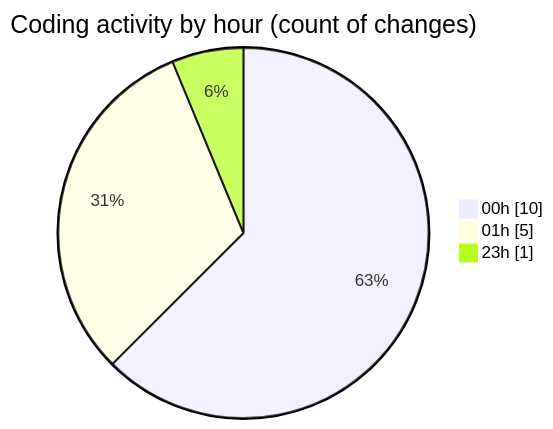
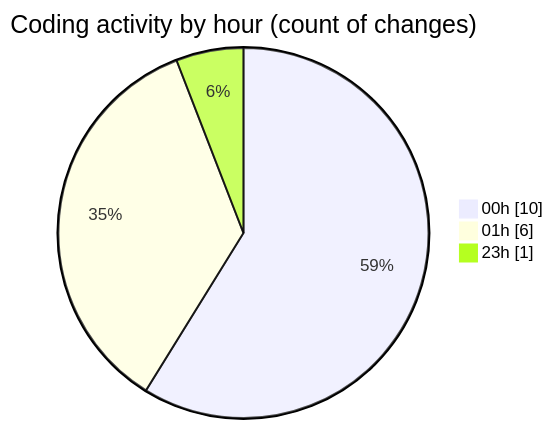
The second of 2 diagrams in 2026-02-09/singularitybrainai/README.md (tmsrecording-cyber/code-tracking), drawn with Mermaid before and after one commit. The commit also changed other lines of this file and 1 other file, not shown here.

````diff
--- a/2026-02-09/singularitybrainai/README.md
+++ b/2026-02-09/singularitybrainai/README.md
@@ -29,7 +29,7 @@
 ```mermaid
 pie showData
 title Coding activity by hour (count of changes)
 "00h" : 10
-"01h" : 5
+"01h" : 6
 "23h" : 1
 ```
````
